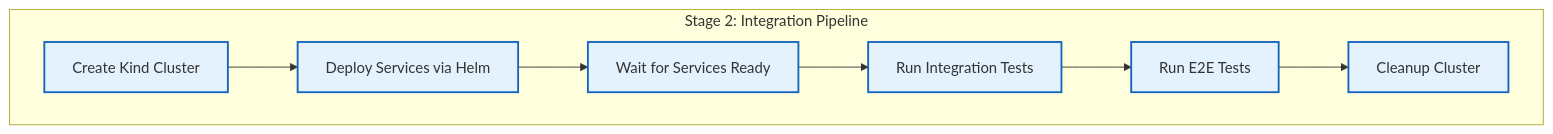
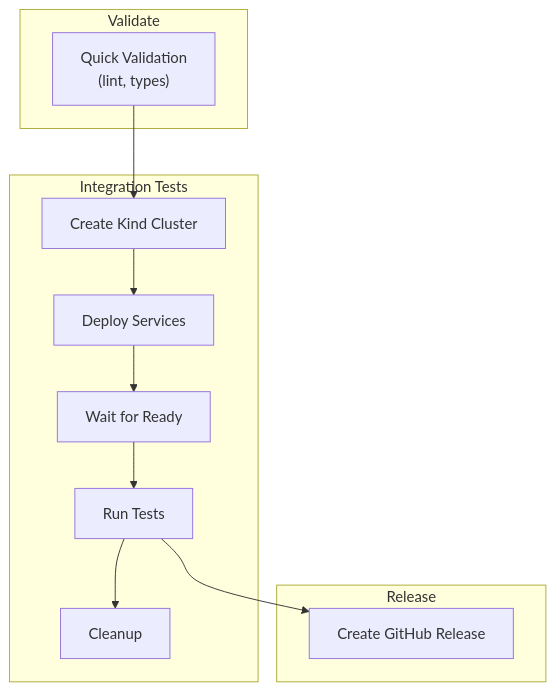
Before and after one commit to Obsidian-Owl/floe: the second of 2 diagrams in .github/CI.md, drawn with Mermaid. The commit also changed other lines of this file and 89 other files, not shown here.

````diff
--- a/.github/CI.md
+++ b/.github/CI.md
@@ -177,16 +76,22 @@
 ```mermaid
 flowchart TB
-    subgraph STAGE2 ["Stage 2: Integration Pipeline"]
-        KIND["Create Kind Cluster"]
-        HELM["Deploy Services via Helm"]
-        WAIT["Wait for Services Ready"]
-        INT["Run Integration Tests"]
-        E2E["Run E2E Tests"]
-        CLEAN["Cleanup Cluster"]
+    subgraph VALIDATE ["Validate"]
+        V["Quick Validation<br/>(lint, types)"]
     end
 
-    KIND --> HELM --> WAIT --> INT --> E2E --> CLEAN
+    subgraph K8S ["Integration Tests"]
+        KIND["Create Kind Cluster"]
+        DEPLOY["Deploy Services"]
+        WAIT["Wait for Ready"]
+        TEST["Run Tests"]
+        CLEANUP["Cleanup"]
+    end
 
-    classDef k8s fill:#e3f2fd,stroke:#1565c0,stroke-width:2px
-    class KIND,HELM,WAIT,INT,E2E,CLEAN k8s
+    subgraph RELEASE ["Release"]
+        GH["Create GitHub Release"]
+    end
+
+    V --> KIND
+    KIND --> DEPLOY --> WAIT --> TEST --> CLEANUP
+    TEST --> GH
 ```
````
